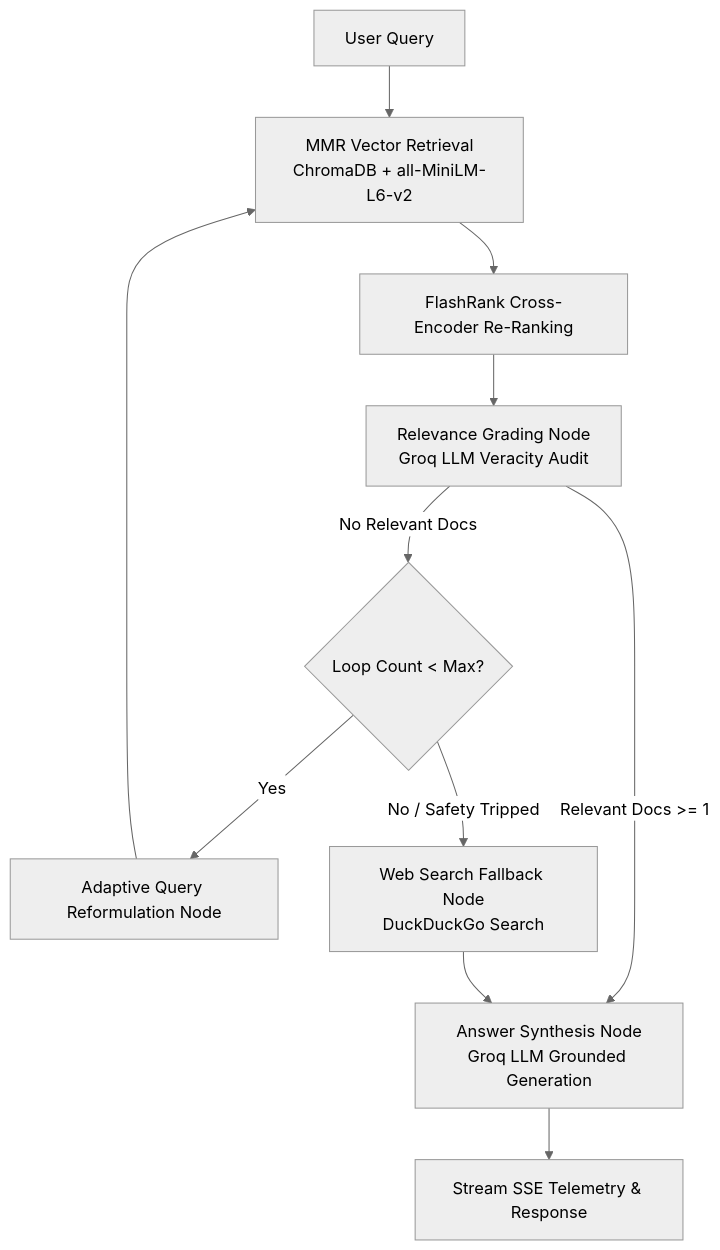
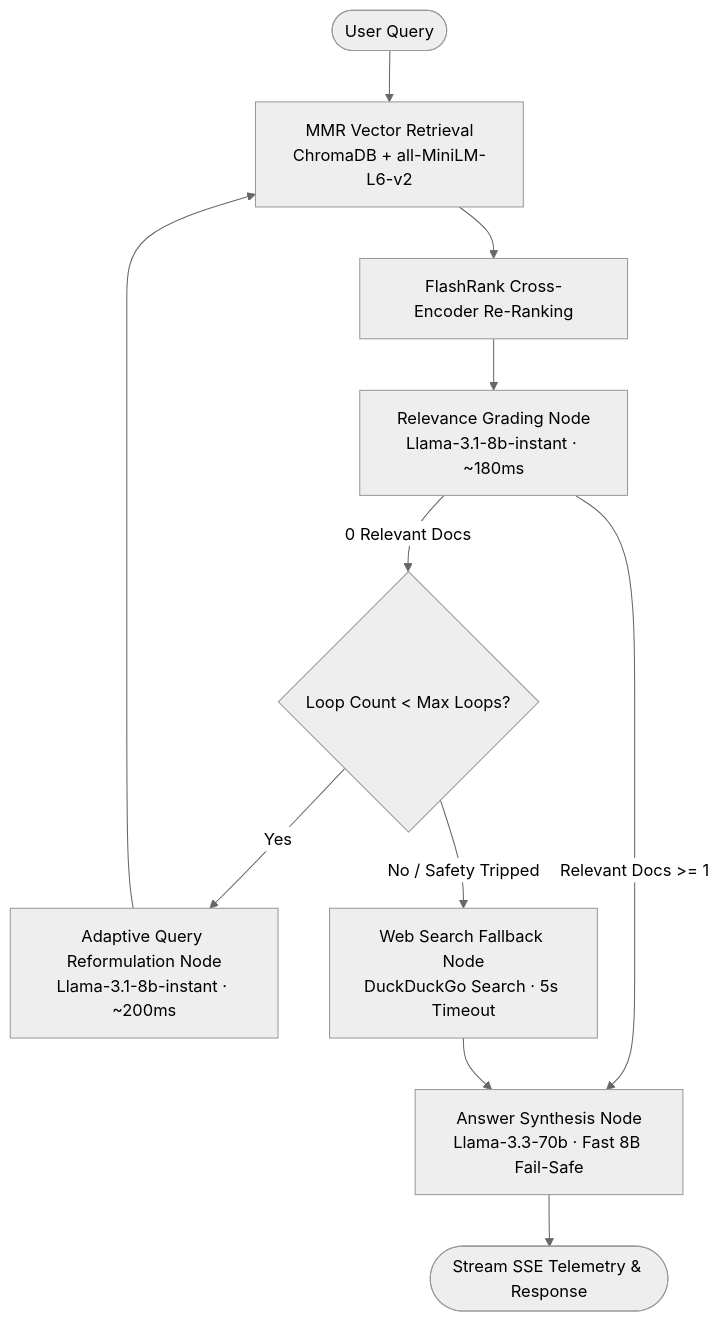
One commit to KARTHIKKJ369/Ridge changed the diagram in README.md. Above: the diagram before and after it, drawn with Mermaid (neutral theme). The commit also changed other lines of this file and 4 other files, not shown here.

````diff
--- a/README.md
+++ b/README.md
@@ -32,13 +56,13 @@
 ```mermaid
 flowchart TD
-    A[User Query] --> B[MMR Vector Retrieval\nChromaDB + all-MiniLM-L6-v2]
+    A([User Query]) --> B[MMR Vector Retrieval\nChromaDB + all-MiniLM-L6-v2]
     B --> C[FlashRank Cross-Encoder Re-Ranking]
-    C --> D[Relevance Grading Node\nGroq LLM Veracity Audit]
-    D -->|Relevant Docs >= 1| E[Answer Synthesis Node\nGroq LLM Grounded Generation]
-    D -->|No Relevant Docs| F{Loop Count < Max?}
-    F -->|Yes| G[Adaptive Query Reformulation Node]
+    C --> D[Relevance Grading Node\nLlama-3.1-8b-instant · ~180ms]
+    D -->|Relevant Docs >= 1| E[Answer Synthesis Node\nLlama-3.3-70b · Fast 8B Fail-Safe]
+    D -->|0 Relevant Docs| F{Loop Count < Max Loops?}
+    F -->|Yes| G[Adaptive Query Reformulation Node\nLlama-3.1-8b-instant · ~200ms]
     G --> B
-    F -->|No / Safety Tripped| H[Web Search Fallback Node\nDuckDuckGo Search]
+    F -->|No / Safety Tripped| H[Web Search Fallback Node\nDuckDuckGo Search · 5s Timeout]
     H --> E
-    E --> I[Stream SSE Telemetry & Response]
+    E --> I([Stream SSE Telemetry & Response])
 ```
````
